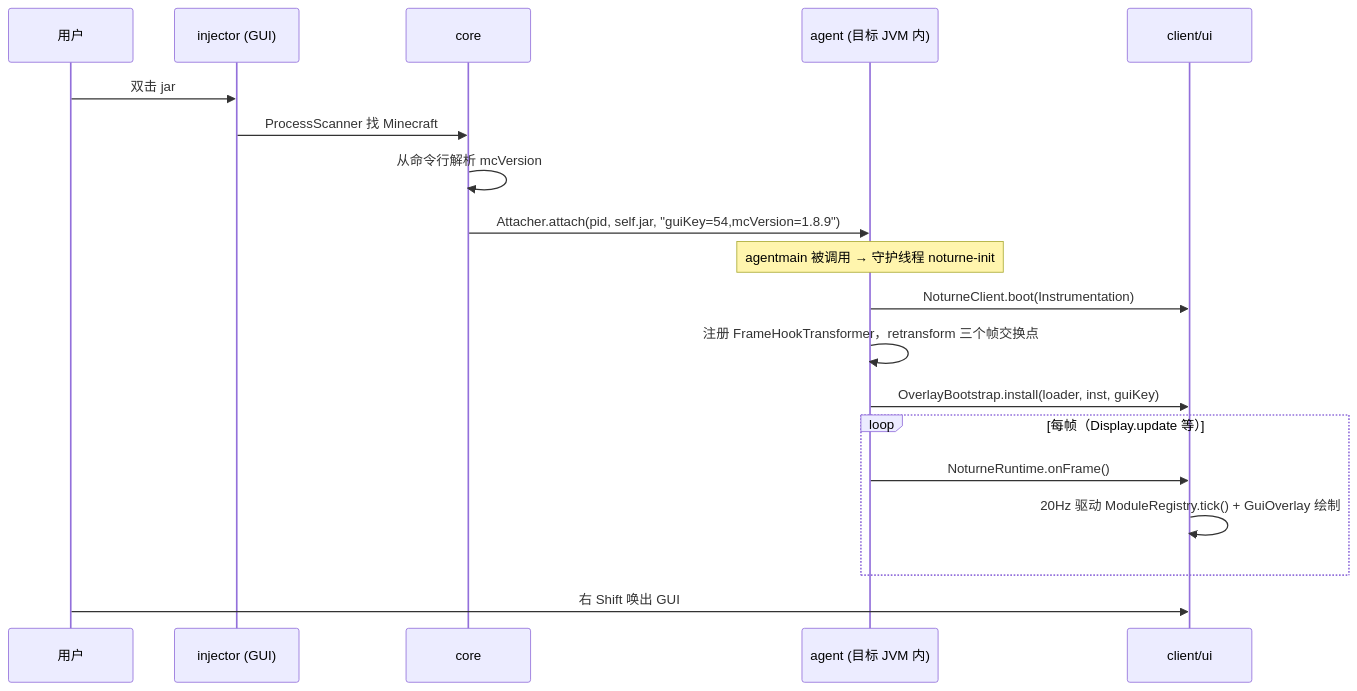
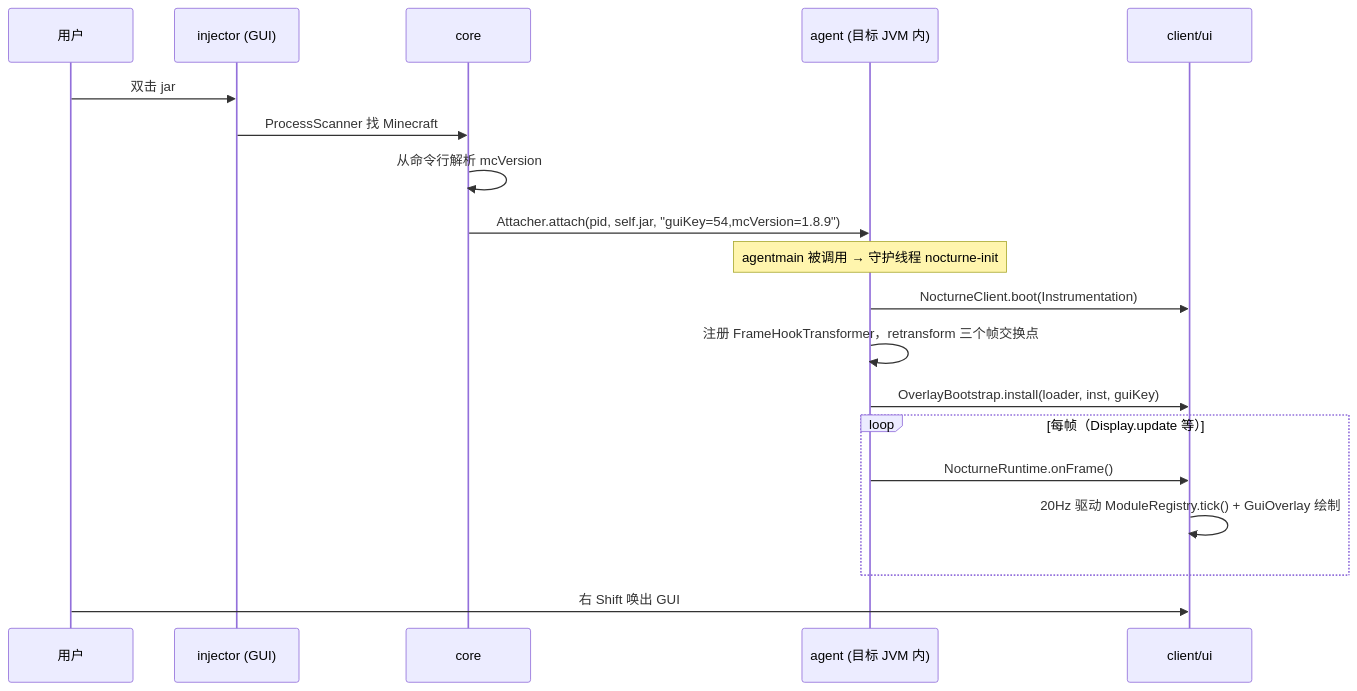
One commit to liuyyx/nocturne-client changed the diagram in docs/ARCHITECTURE.md. Above: the diagram before and after it, drawn with Mermaid. The commit also changed other lines of this file and 381 other files, not shown here.

First line of the commit message:
refactor!: 项目改名 noturne → nocturne，P7 Windows 自实现 attach 落地

````diff
--- a/docs/ARCHITECTURE.md
+++ b/docs/ARCHITECTURE.md
@@ -110,22 +111,22 @@
 ```mermaid
 sequenceDiagram
     participant U as 用户
     participant G as injector (GUI)
     participant C as core
     participant A as agent (目标 JVM 内)
     participant R as client/ui
 
     U->>G: 双击 jar
     G->>C: ProcessScanner 找 Minecraft
     C->>C: 从命令行解析 mcVersion
     C->>A: Attacher.attach(pid, self.jar, "guiKey=54,mcVersion=1.8.9")
-    Note over A: agentmain 被调用 → 守护线程 noturne-init
-    A->>R: NoturneClient.boot(Instrumentation)
+    Note over A: agentmain 被调用 → 守护线程 nocturne-init
+    A->>R: NocturneClient.boot(Instrumentation)
     A->>A: 注册 FrameHookTransformer，retransform 三个帧交换点
     A->>R: OverlayBootstrap.install(loader, inst, guiKey)
     loop 每帧（Display.update 等）
-        A->>R: NoturneRuntime.onFrame()
+        A->>R: NocturneRuntime.onFrame()
         R->>R: 20Hz 驱动 ModuleRegistry.tick() + GuiOverlay 绘制
     end
     U->>R: 右 Shift 唤出 GUI
 ```
````
